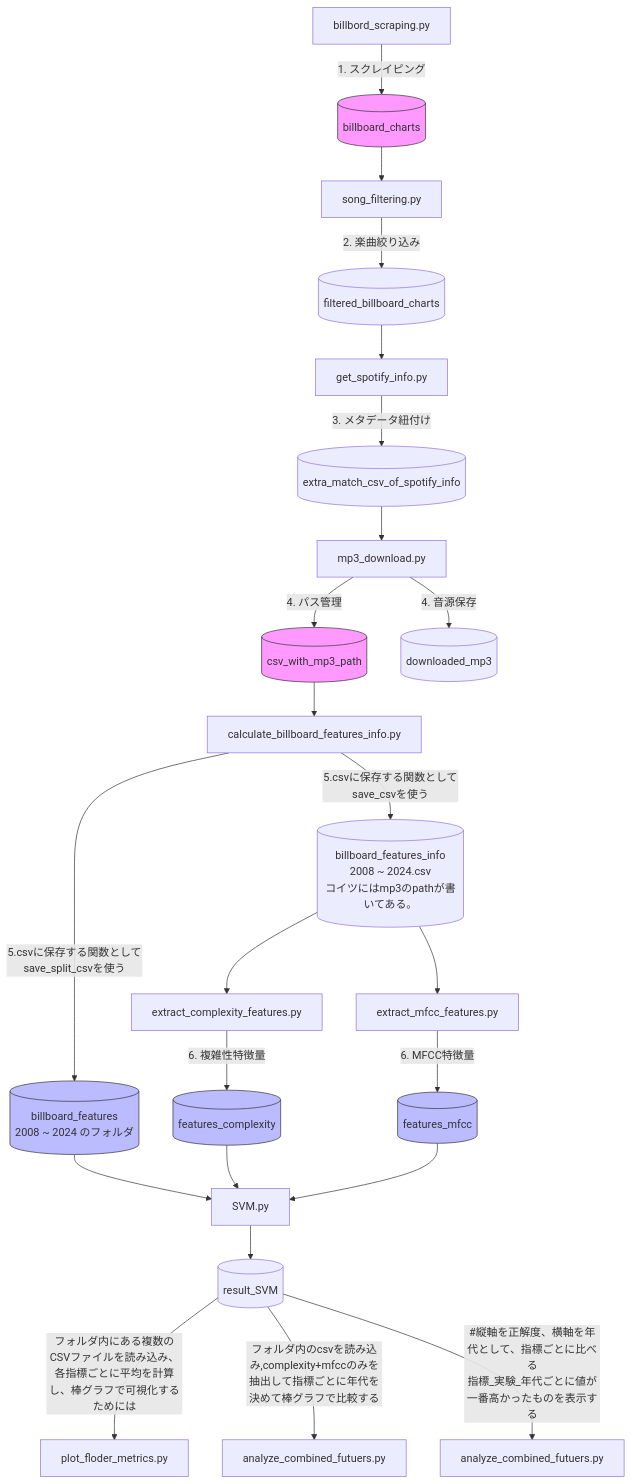
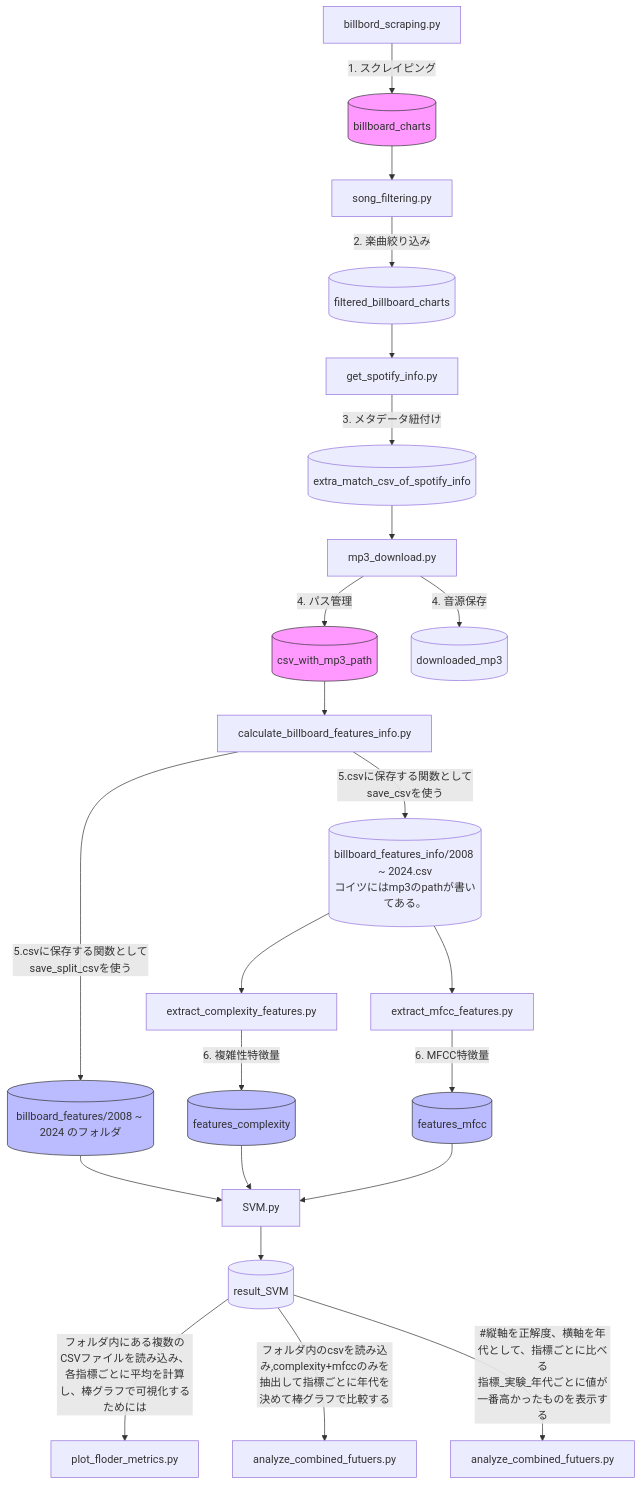
Before and after one commit to yuta1016/Graduation_Research: the diagram in README.md, drawn with Mermaid. The commit also changed other lines of this file, not shown here.

````diff
--- a/README.md
+++ b/README.md
@@ -16,50 +16,50 @@
 ```mermaid
 graph TD
     %% データの取得とフィルタリング
     Step1[billbord_scraping.py] -->|1. スクレイピング| Dir1[(billboard_charts)]
     Dir1 --> Step2[song_filtering.py]
     Step2 -->|2. 楽曲絞り込み| Dir2[(filtered_billboard_charts)]
     
     %% Spotifyメタ情報の取得
     Dir2 --> Step3[get_spotify_info.py]
     Step3 -->|3. メタデータ紐付け| Dir3[(extra_match_csv_of_spotify_info)]
     
     %% 音源ダウンロード
     Dir3 --> Step4[mp3_download.py]
     Step4 -->|4. パス管理| Dir4[(csv_with_mp3_path)]
     Step4 -->|4. 音源保存| Dir5[(downloaded_mp3)]
     
 
     %% 特徴量抽出とデータ分割
     Dir4 --> Step5[calculate_billboard_features_info.py]
 
     %%csvに保存する関数の種類（名前ごみでごめんなさ）
-    Step5 -->|5.csvに保存する関数としてsave_split_csvを使う| Out1[(billboard_features<br/>2008 ~ 2024 のフォルダ<br/>)]
-    Step5 -->|5.csvに保存する関数としてsave_csvを使う| Dir7[(billboard_features_info<br/>2008 ~ 2024.csv<br/>コイツにはmp3のpathが書いてある。)]
+    Step5 -->|5.csvに保存する関数としてsave_split_csvを使う| Out1[(billboard_features/2008 ~ 2024 のフォルダ<br/>)]
+    Step5 -->|5.csvに保存する関数としてsave_csvを使う| Dir7[(billboard_features_info/2008 ~ 2024.csv<br/>コイツにはmp3のpathが書いてある。)]
 
     %%音響的特徴量の抽出
     Dir7 --> Step6[extract_complexity_features.py]
     Dir7 --> Step7[extract_mfcc_features.py]
 
     %% 最終成果物
     %%Step5 -->|5. 分割データ| Out1[(billboard_features<br/>2008 ~ 2024)]
     Step6 -->|6. 複雑性特徴量| Out2[(features_complexity)]
     Step7 -->|6. MFCC特徴量| Out3[(features_mfcc)]
 
     %% 予測
     Out1 & Out2 & Out3 --> Step8[SVM.py]
 
     %% 結果
     Step8 --> Step9[(result_SVM)]
 
     %%可視化
     Step9 --> |フォルダ内にある複数のCSVファイルを読み込み、各指標ごとに平均を計算し、棒グラフで可視化するためには|　Dir10[plot_floder_metrics.py]
     Step9 --> |フォルダ内のcsvを読み込み,complexity+mfccのみを抽出して指標ごとに年代を決めて棒グラフで比較する| Dir11[analyze_combined_futuers.py]
     Step9 --> |#縦軸を正解度、横軸を年代として、指標ごとに比べる<br/>指標_実験_年代ごとに値が一番高かったものを表示する| Dir12[analyze_combined_futuers.py]
 
     style Dir1 fill:#f9f,stroke:#333
     style Dir4 fill:#f9f,stroke:#333
     style Out1 fill:#bbf,stroke:#333
     style Out2 fill:#bbf,stroke:#333
     style Out3 fill:#bbf,stroke:#333
 ```
````
